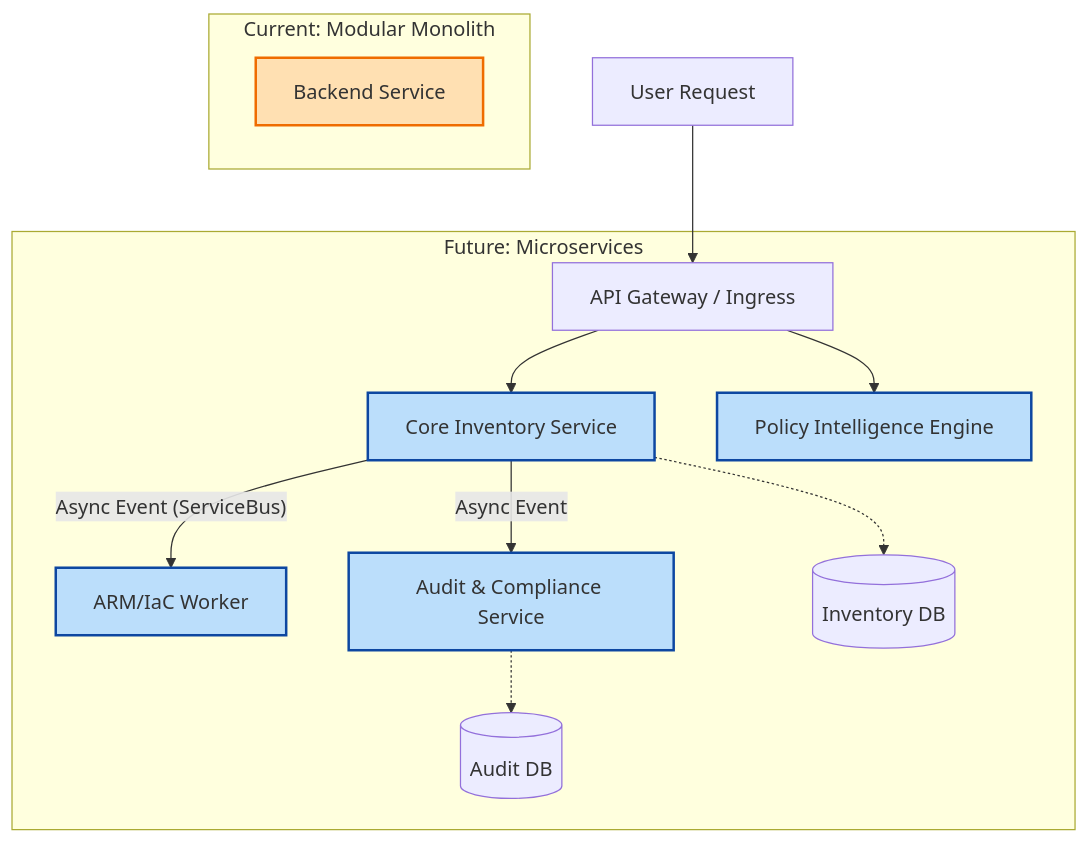
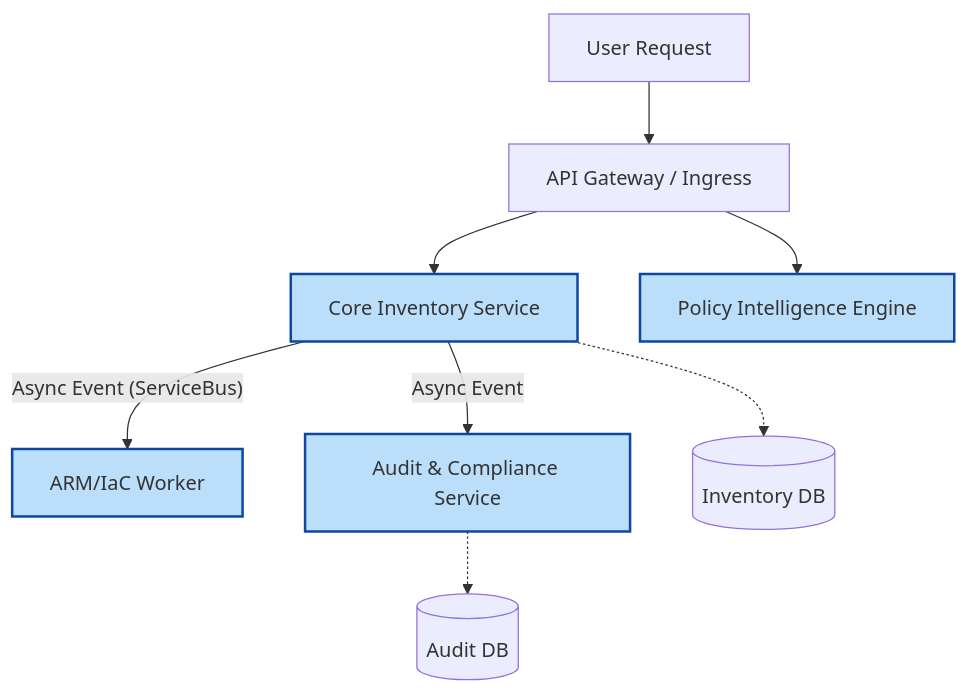
One commit to alagusundarams/swagger-scorer changed the second of 6 diagrams in docs/backend_documentation.md. Above: the diagram before and after it, drawn with Mermaid. The commit also changed other lines of this file and 1 other file, not shown here.

Commit message:
docs: removal of monolith references and fix mermaid syntax

````diff
--- a/docs/backend_documentation.md
+++ b/docs/backend_documentation.md
@@ -48,33 +50,26 @@
 ```mermaid
 graph TD
-    classDef mono fill:#ffe0b2,stroke:#ef6c00,stroke-width:2px;
     classDef micro fill:#bbdefb,stroke:#0d47a1,stroke-width:2px;
 
     User[User Request]
 
-    subgraph Current["Current: Modular Monolith"]
-        Mono[Backend Service]:::mono
-    end
-
-    subgraph Future["Future: Microservices"]
-        Gateway[API Gateway / Ingress]
-        
-        Svc1[Core Inventory Service]:::micro
-        Svc2[ARM/IaC Worker]:::micro
-        Svc3[Audit & Compliance Service]:::micro
-        Svc4[Policy Intelligence Engine]:::micro
-        
-        DB1[(Inventory DB)]
-        DB2[(Audit DB)]
-    end
+    Gateway[API Gateway / Ingress]
+    
+    Svc1[Core Inventory Service]:::micro
+    Svc2[ARM/IaC Worker]:::micro
+    Svc3[Audit & Compliance Service]:::micro
+    Svc4[Policy Intelligence Engine]:::micro
+    
+    DB1[(Inventory DB)]
+    DB2[(Audit DB)]
 
     User --> Gateway
     Gateway --> Svc1
     Gateway --> Svc4
     
     Svc1 -- "Async Event (ServiceBus)" --> Svc2
     Svc1 -- "Async Event" --> Svc3
     
     Svc1 -.-> DB1
     Svc3 -.-> DB2
 ```
````
